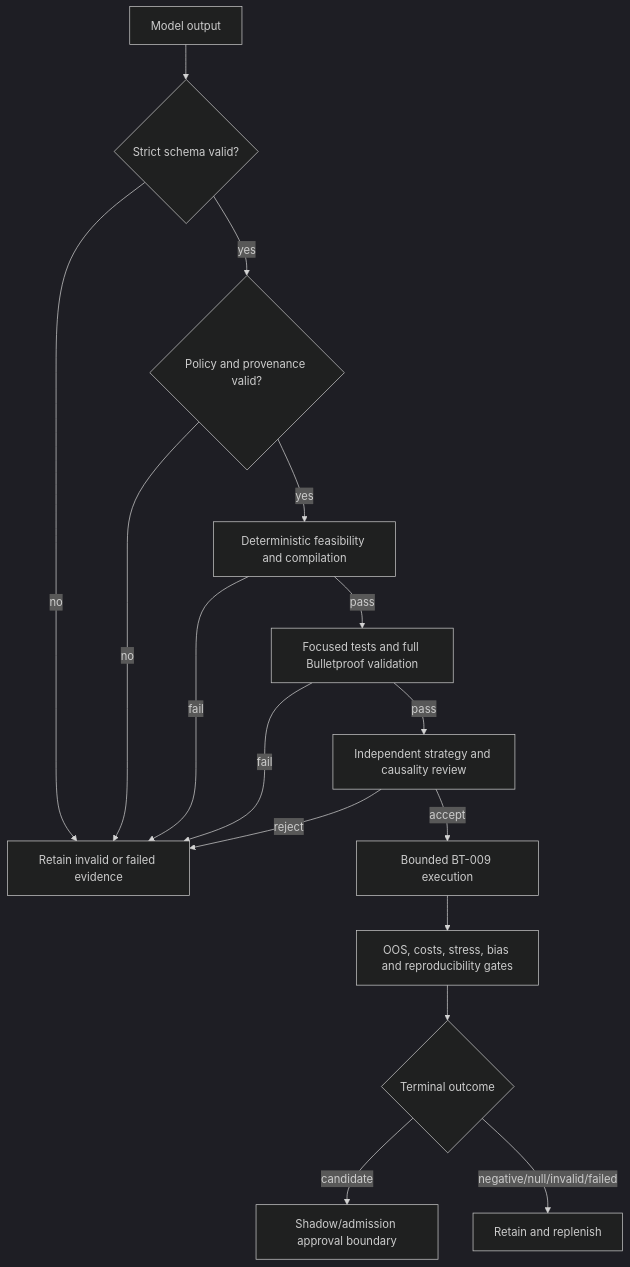
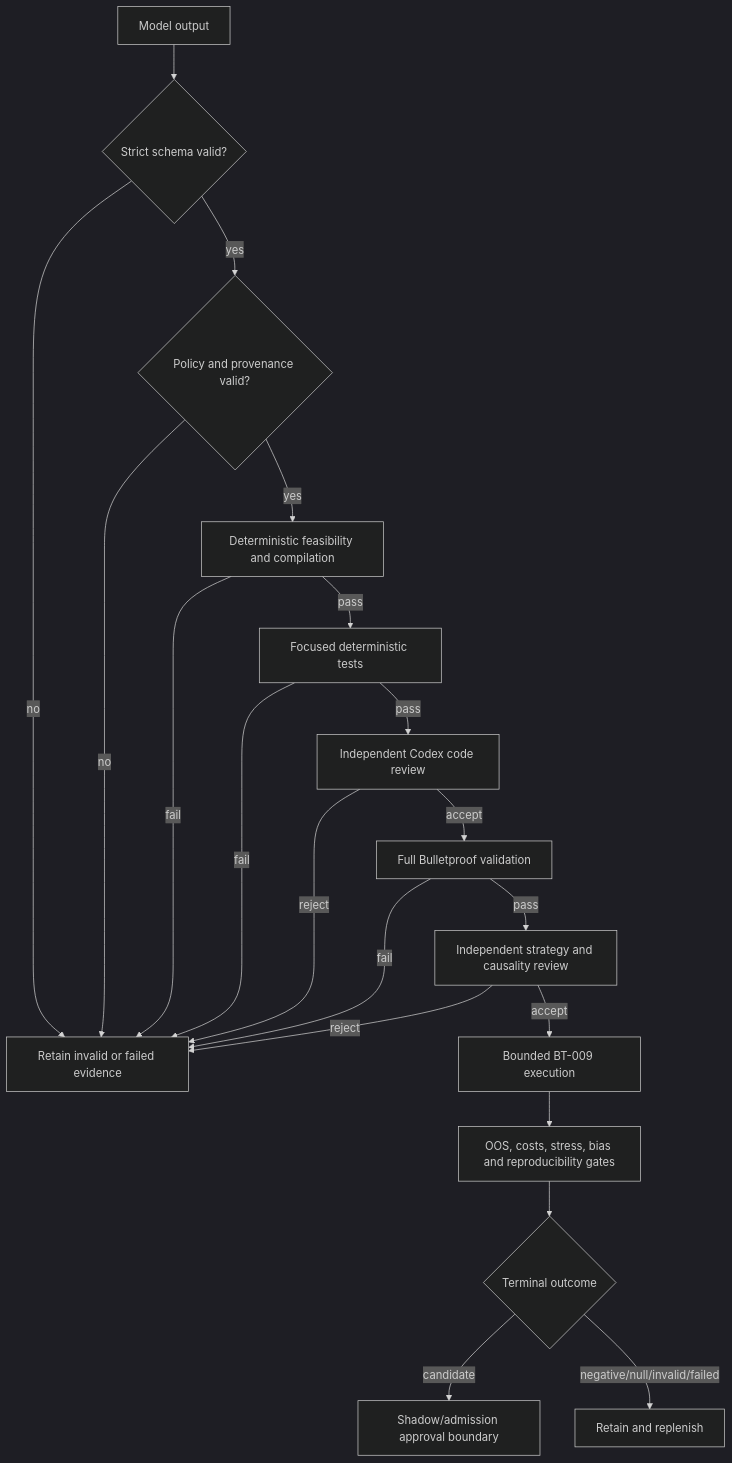
One commit to Chinedum-iwueke/invariance-research-bible changed the fourth of 5 diagrams in books/book-11-engineered-company-system/chapters/11-cognitive-machinery-of-invariance-research.md. Above: the diagram before and after it, drawn with Mermaid (dark theme). The commit also changed other lines of this file and 1 other file, not shown here.

Commit message:
docs: correct hybrid validation sequence

````diff
--- a/books/book-11-engineered-company-system/chapters/11-cognitive-machinery-of-invariance-research.md
+++ b/books/book-11-engineered-company-system/chapters/11-cognitive-machinery-of-invariance-research.md
@@ -291,18 +291,22 @@
 ```mermaid
 flowchart TD
     L[Model output] --> S{Strict schema valid?}
     S -->|no| X[Retain invalid or failed evidence]
     S -->|yes| P{Policy and provenance valid?}
     P -->|no| X
     P -->|yes| D[Deterministic feasibility and compilation]
     D -->|fail| X
-    D -->|pass| T[Focused tests and full Bulletproof validation]
+    D -->|pass| T[Focused deterministic tests]
     T -->|fail| X
-    T -->|pass| I[Independent strategy and causality review]
+    T -->|pass| C[Independent Codex code review]
+    C -->|reject| X
+    C -->|accept| F[Full Bulletproof validation]
+    F -->|fail| X
+    F -->|pass| I[Independent strategy and causality review]
     I -->|reject| X
     I -->|accept| B[Bounded BT-009 execution]
     B --> O[OOS, costs, stress, bias and reproducibility gates]
     O --> Y{Terminal outcome}
     Y -->|candidate| H[Shadow/admission approval boundary]
     Y -->|negative/null/invalid/failed| M[Retain and replenish]
 ```
````
